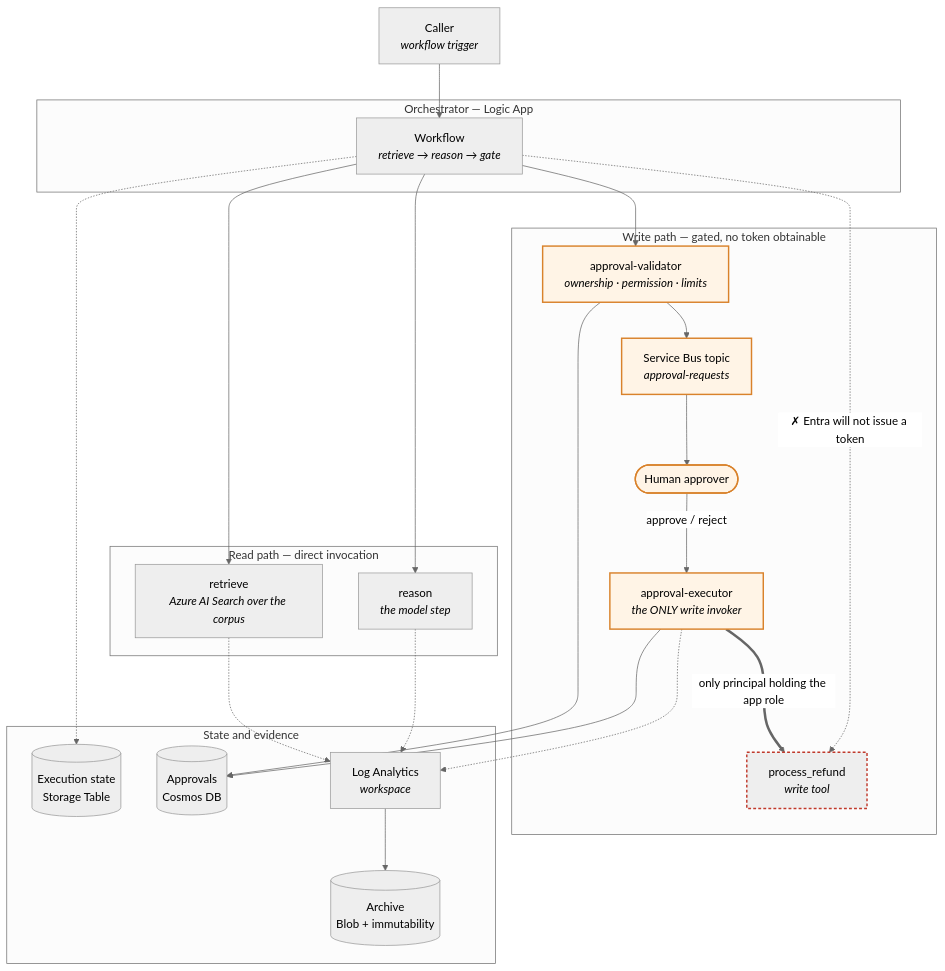
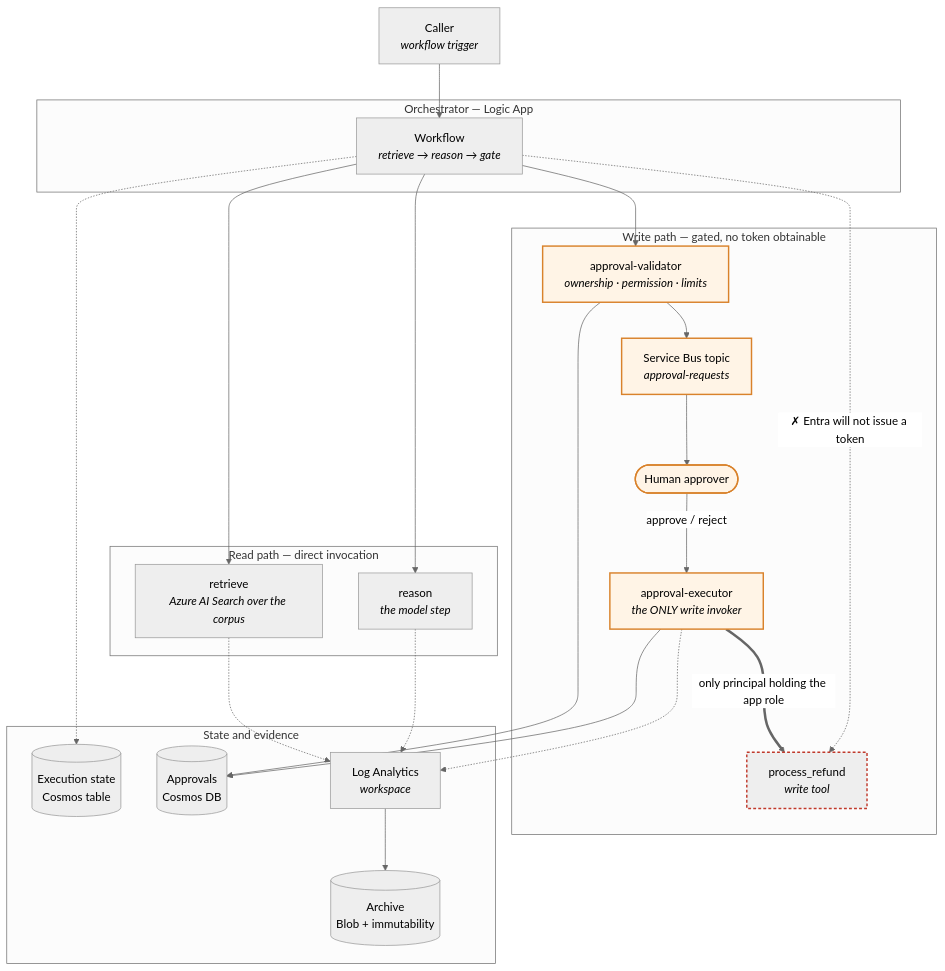
One commit to somesh-ghaturle/Agentic-AI-Systems changed the first of 6 diagrams in infra/terraform-azure/ARCHITECTURE.md. Above: the diagram before and after it, drawn with Mermaid (neutral theme). The commit also changed other lines of this file and 92 other files, not shown here.

````diff
--- a/infra/terraform-azure/ARCHITECTURE.md
+++ b/infra/terraform-azure/ARCHITECTURE.md
@@ -34,52 +36,52 @@
 ```mermaid
 flowchart TB
     caller["Caller<br/><i>workflow trigger</i>"]
 
     subgraph orch["Orchestrator — Logic App"]
         sm["Workflow<br/><i>retrieve → reason → gate</i>"]
     end
 
     subgraph readpath["Read path — direct invocation"]
         retrieve["retrieve<br/><i>Azure AI Search over the corpus</i>"]
         reason["reason<br/><i>the model step</i>"]
     end
 
     subgraph writepath["Write path — gated, no token obtainable"]
         validator["approval-validator<br/><i>ownership · permission · limits</i>"]
         topic["Service Bus topic<br/><i>approval-requests</i>"]
         human(["Human approver"])
         executor["approval-executor<br/><i>the ONLY write invoker</i>"]
         writetool["process_refund<br/><i>write tool</i>"]
     end
 
     subgraph data["State and evidence"]
-        tbl[("Execution state<br/>Storage Table")]
+        tbl[("Execution state<br/>Cosmos table")]
         cosmos[("Approvals<br/>Cosmos DB")]
         law["Log Analytics<br/><i>workspace</i>"]
         archive[("Archive<br/>Blob + immutability")]
     end
 
     caller --> sm
     sm --> retrieve
     sm --> reason
     sm --> validator
     validator --> cosmos
     validator --> topic
     topic --> human
     human -->|"approve / reject"| executor
     executor --> cosmos
     executor ==>|"only principal holding the app role"| writetool
 
     sm -.-> tbl
     retrieve -.-> law
     reason -.-> law
     executor -.-> law
     law --> archive
 
     sm -.->|"✗ Entra will not issue a token"| writetool
 
     classDef gate fill:#fff4e6,stroke:#d9822b,stroke-width:2px
     classDef denied stroke:#c0392b,stroke-width:2px,stroke-dasharray:4 3
     class validator,topic,human,executor gate
     class writetool denied
 ```
````
